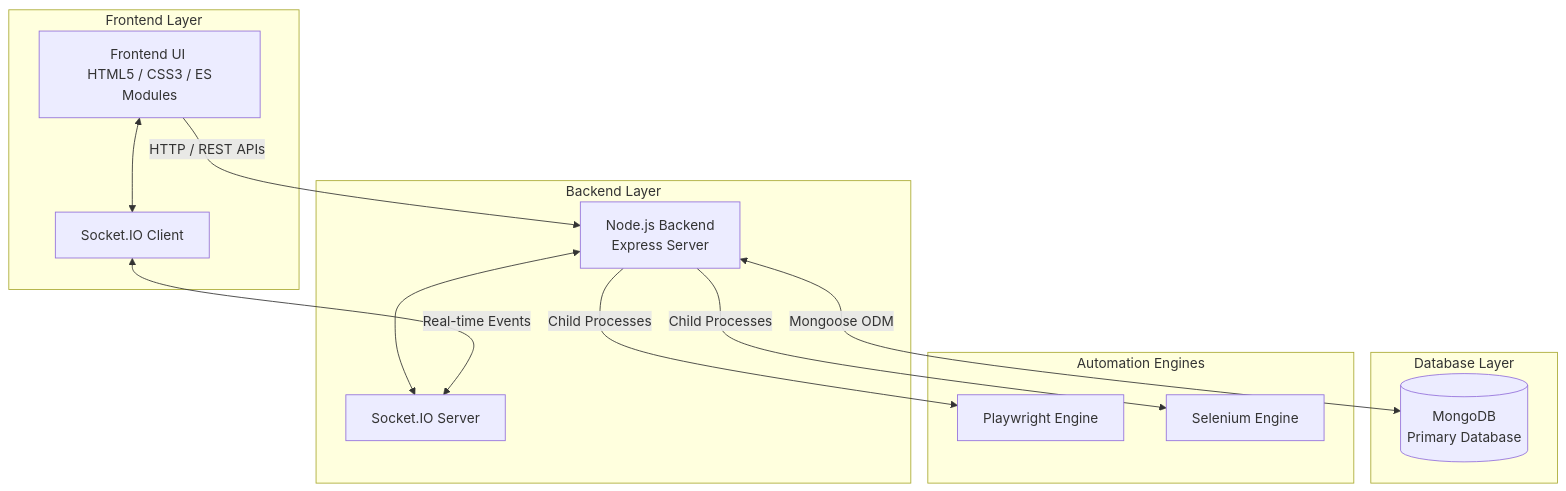
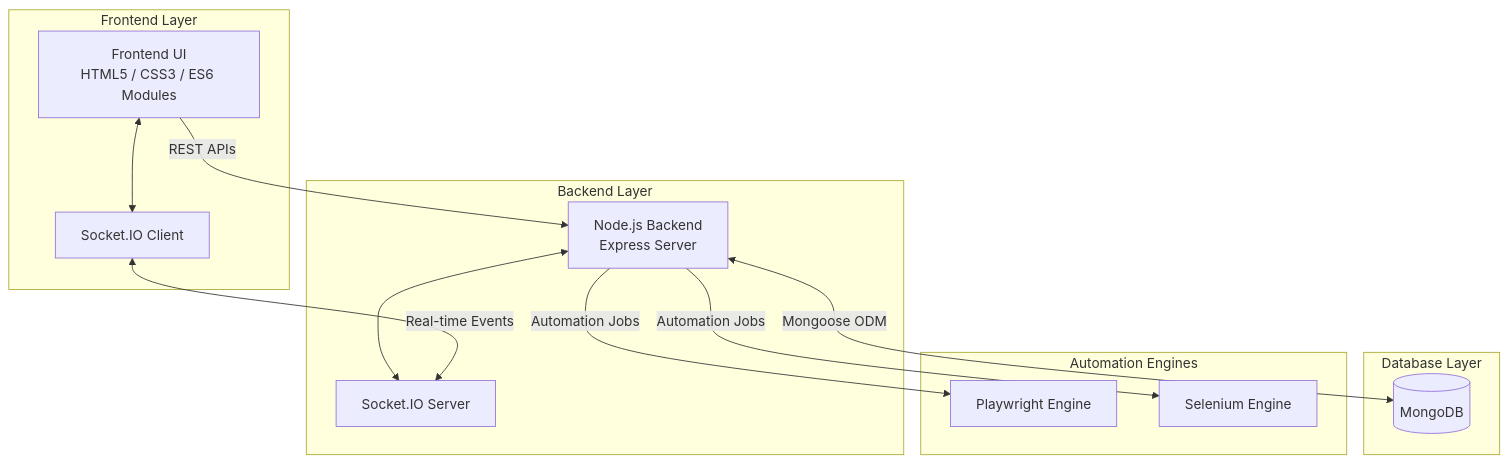
The diagram in README.md (anmolshrivastavaa/Bug-OS), drawn with Mermaid before and after one commit. The commit also changed other lines of this file, not shown here.

````diff
--- a/README.md
+++ b/README.md
@@ -23,29 +88,32 @@
 ```mermaid
 graph TD
+
     subgraph Frontend Layer
-        UI[Frontend UI <br/> HTML5 / CSS3 / ES Modules]
+        UI[Frontend UI<br/>HTML5 / CSS3 / ES6 Modules]
         WS_Client[Socket.IO Client]
         UI <--> WS_Client
     end
 
     subgraph Backend Layer
-        Node[Node.js Backend <br/> Express Server]
+        Node[Node.js Backend<br/>Express Server]
         WS_Server[Socket.IO Server]
         Node <--> WS_Server
     end
 
     subgraph Database Layer
-        Mongo[(MongoDB <br/> Primary Database)]
+        Mongo[(MongoDB)]
     end
 
     subgraph Automation Engines
         Playwright[Playwright Engine]
         Selenium[Selenium Engine]
     end
 
-    UI -->|HTTP / REST APIs| Node
+    UI -->|REST APIs| Node
     WS_Client <-->|Real-time Events| WS_Server
+
     Node <-->|Mongoose ODM| Mongo
-    Node -->|Child Processes| Playwright
-    Node -->|Child Processes| Selenium
+
+    Node -->|Automation Jobs| Playwright
+    Node -->|Automation Jobs| Selenium
 ```
````
